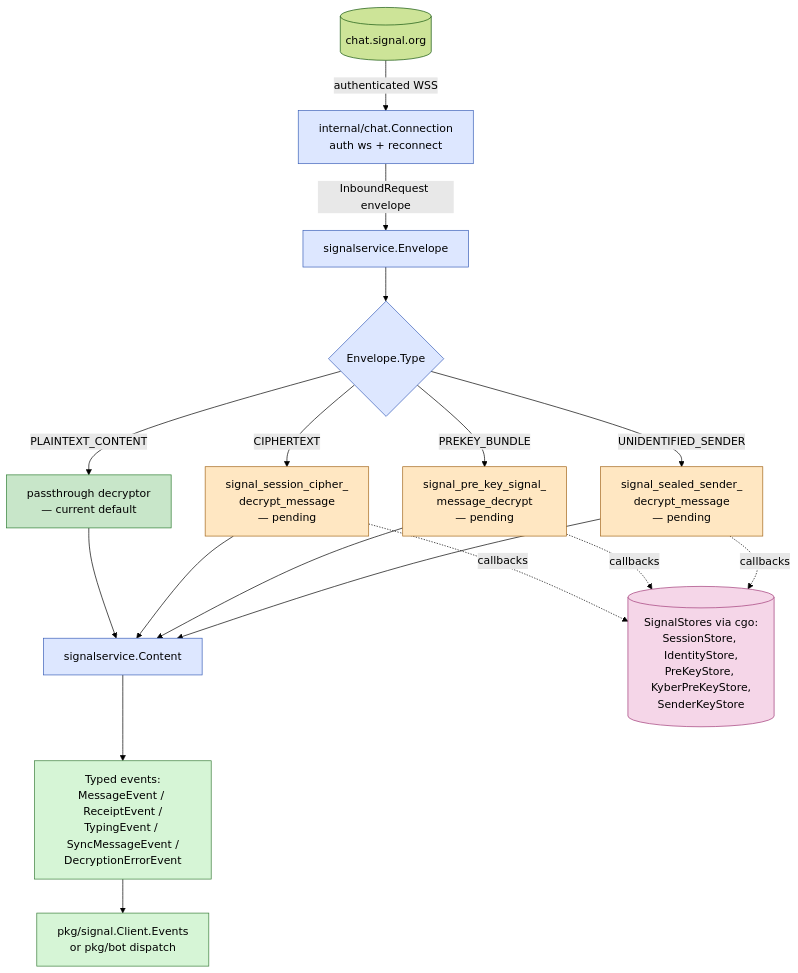
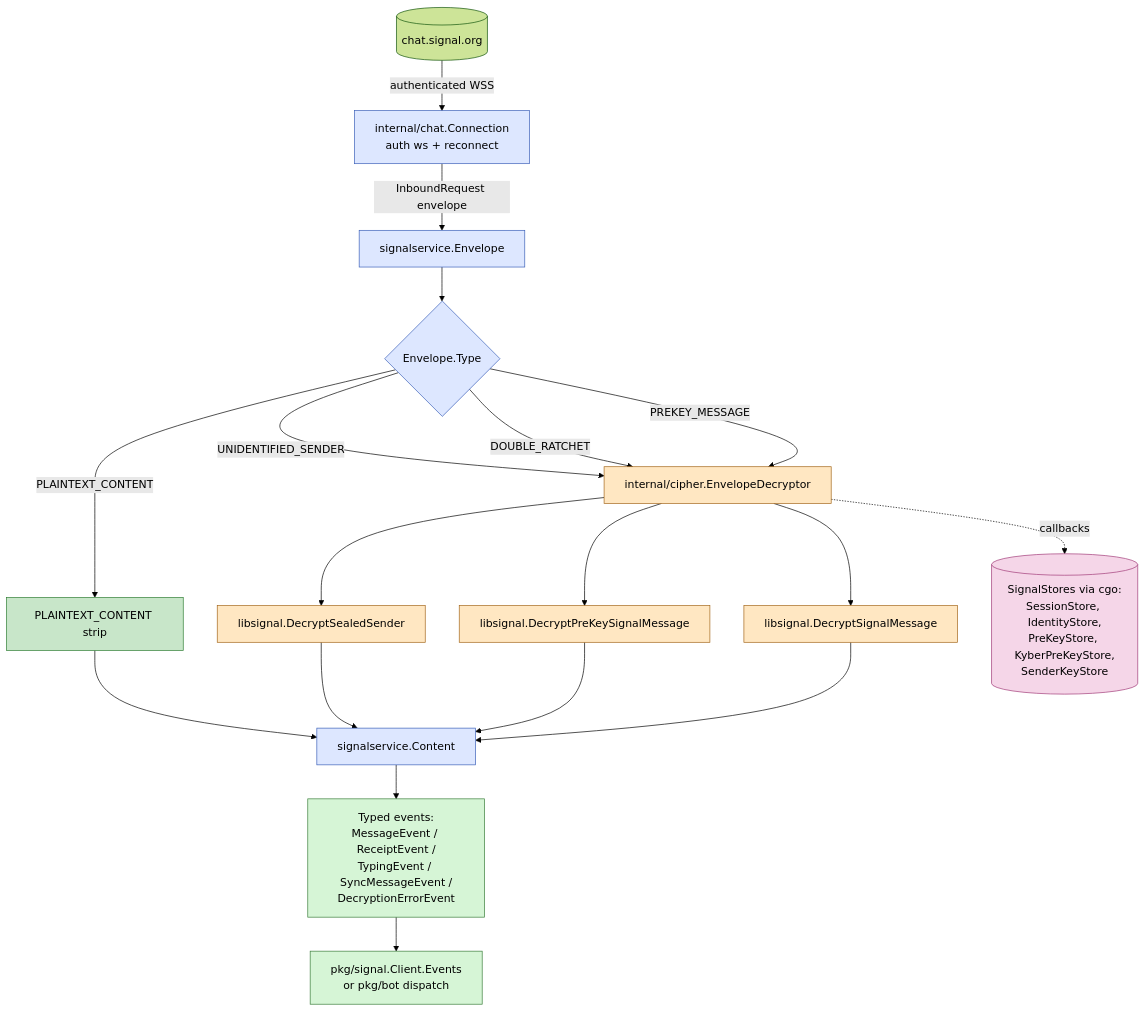
One commit to thehappydinoa/signal-go changed the diagram in docs/diagrams/receive-pipeline.md. Above: the diagram before and after it, drawn with Mermaid (forest theme). The commit also changed other lines of this file and 17 other files, not shown here.

First line of the commit message:
Phase 3: libsignal envelope decrypt pipeline

````diff
--- a/docs/diagrams/receive-pipeline.md
+++ b/docs/diagrams/receive-pipeline.md
@@ -9,50 +7,52 @@
 ```mermaid
 flowchart TB
     server[(chat.signal.org)]
     chat[internal/chat.Connection<br/>auth ws + reconnect]
     env[signalservice.Envelope]
     dispatch{Envelope.Type}
 
-    sealed[signal_sealed_sender_<br/>decrypt_message<br/>— pending]
-    prekey[signal_pre_key_signal_<br/>message_decrypt<br/>— pending]
-    session[signal_session_cipher_<br/>decrypt_message<br/>— pending]
-    pass[passthrough decryptor<br/>— current default]
+    cipher[internal/cipher.EnvelopeDecryptor]
+    sealed[libsignal.DecryptSealedSender]
+    prekey[libsignal.DecryptPreKeySignalMessage]
+    session[libsignal.DecryptSignalMessage]
+    pass[PLAINTEXT_CONTENT strip]
 
     content[signalservice.Content]
     events[Typed events:<br/>MessageEvent / ReceiptEvent /<br/>TypingEvent / SyncMessageEvent /<br/>DecryptionErrorEvent]
     consumer[pkg/signal.Client.Events<br/>or pkg/bot dispatch]
 
     stores[(SignalStores via cgo:<br/>SessionStore, IdentityStore,<br/>PreKeyStore, KyberPreKeyStore,<br/>SenderKeyStore)]
 
     server -->|authenticated WSS| chat
     chat -->|InboundRequest envelope| env
     env --> dispatch
 
-    dispatch -->|UNIDENTIFIED_SENDER| sealed
-    dispatch -->|PREKEY_BUNDLE| prekey
-    dispatch -->|CIPHERTEXT| session
+    dispatch -->|UNIDENTIFIED_SENDER| cipher
+    dispatch -->|DOUBLE_RATCHET| cipher
+    dispatch -->|PREKEY_MESSAGE| cipher
     dispatch -->|PLAINTEXT_CONTENT| pass
 
+    cipher --> sealed
+    cipher --> prekey
+    cipher --> session
+    pass --> content
     sealed --> content
     prekey --> content
     session --> content
-    pass --> content
 
     content --> events
     events --> consumer
 
-    sealed -. callbacks .-> stores
-    prekey -. callbacks .-> stores
-    session -. callbacks .-> stores
+    cipher -. callbacks .-> stores
 
     classDef proto fill:#dde7ff,stroke:#3a5fb8,color:#000;
     classDef cry fill:#ffe7c2,stroke:#a3661a,color:#000;
     classDef per fill:#f5d6e8,stroke:#a13a78,color:#000;
     classDef pub fill:#d6f5d6,stroke:#3a7d3a,color:#000;
     classDef done fill:#c8e6c9,stroke:#2e7d32,color:#000;
     class chat,env,dispatch,content proto;
-    class sealed,prekey,session cry;
+    class sealed,prekey,session,cipher cry;
     class stores per;
     class events,consumer pub;
     class pass done;
 ```
````
